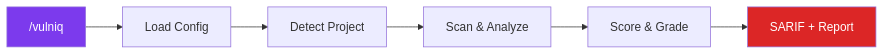
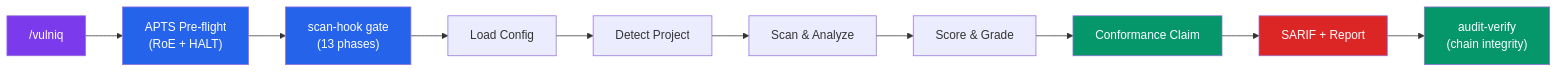
The first of 4 diagrams in README.md (JakubKontra/skills), drawn with Mermaid before and after one commit. The commit also changed other lines of this file and 44 other files, not shown here.

````diff
--- a/README.md
+++ b/README.md
@@ -26,11 +26,19 @@
 ```mermaid
 flowchart LR
-    A["/vulniq"] --> B["Load Config"]
+    A["/vulniq"] --> P["APTS Pre-flight<br/>(RoE + HALT)"]
+    P --> HK["scan-hook gate<br/>(13 phases)"]
+    HK --> B["Load Config"]
     B --> C["Detect Project"]
     C --> D["Scan & Analyze"]
     D --> E["Score & Grade"]
-    E --> F["SARIF + Report"]
+    E --> K["Conformance Claim"]
+    K --> F["SARIF + Report"]
+    F --> V["audit-verify<br/>(chain integrity)"]
 
     style A fill:#7c3aed,color:#fff
+    style P fill:#2563eb,color:#fff
+    style HK fill:#2563eb,color:#fff
+    style K fill:#059669,color:#fff
     style F fill:#dc2626,color:#fff
+    style V fill:#059669,color:#fff
 ```
````
